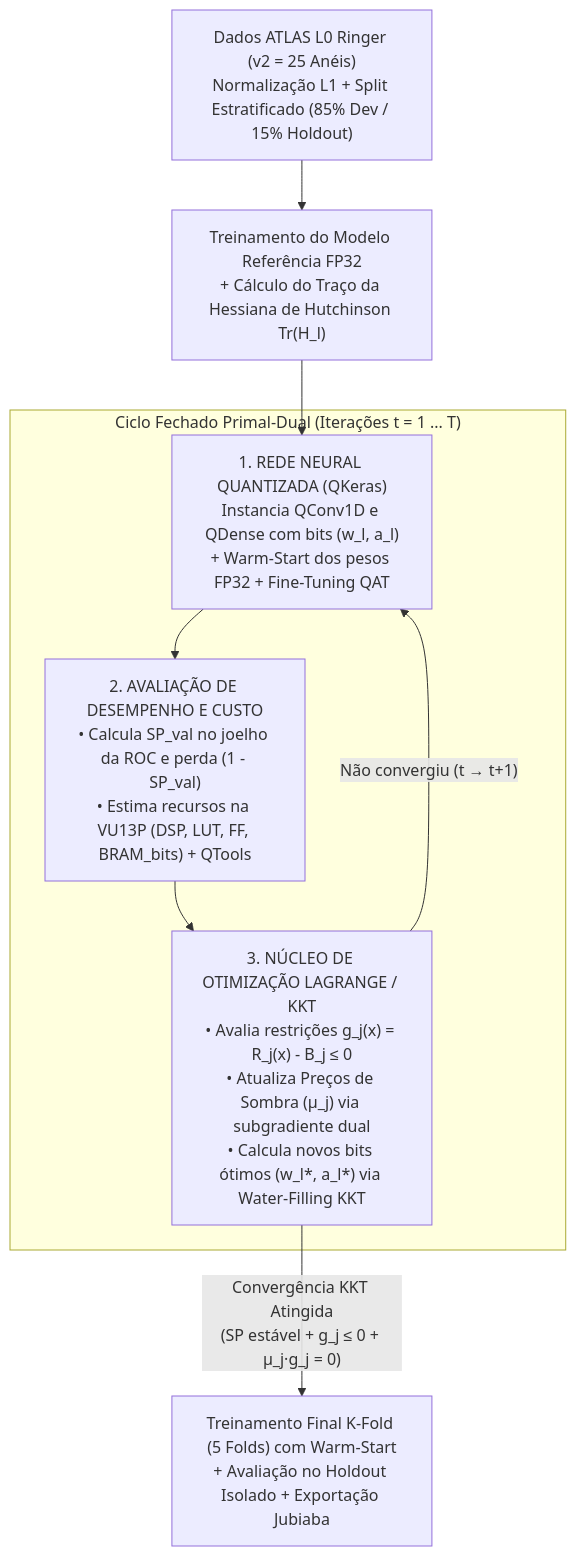
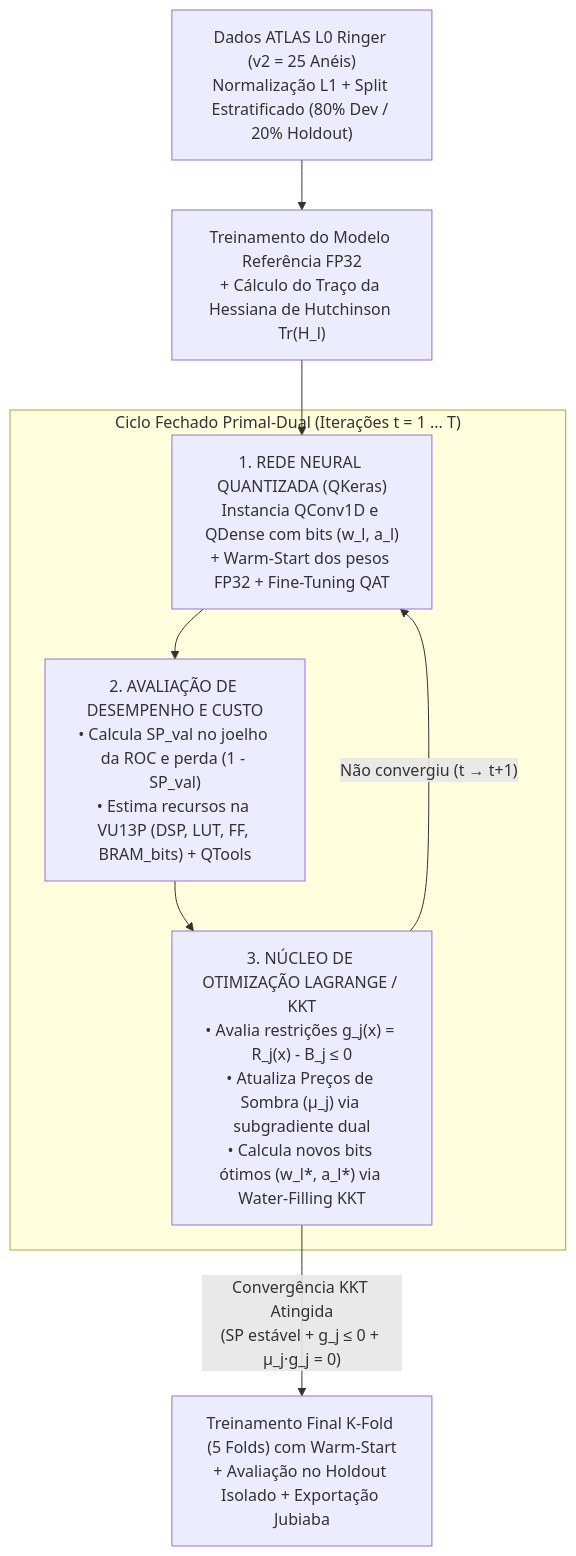
Before and after one commit to Felipe-Freire/cnn-optimization: the diagram in docs/training_kkt_and_hardware_estimation.md, drawn with Mermaid. The commit also changed other lines of this file and 30 other files, not shown here.

````diff
--- a/docs/training_kkt_and_hardware_estimation.md
+++ b/docs/training_kkt_and_hardware_estimation.md
@@ -11,15 +11,15 @@
 ```mermaid
 flowchart TD
-    D["Dados ATLAS L0 Ringer (v2 = 25 Anéis)<br/>Normalização L1 + Split Estratificado (85% Dev / 15% Holdout)"] --> R["Treinamento do Modelo Referência FP32<br/>+ Cálculo do Traço da Hessiana de Hutchinson Tr(H_l)"]
+    D["Dados ATLAS L0 Ringer (v2 = 25 Anéis)<br/>Normalização L1 + Split Estratificado (80% Dev / 20% Holdout)"] --> R["Treinamento do Modelo Referência FP32<br/>+ Cálculo do Traço da Hessiana de Hutchinson Tr(H_l)"]
     R --> S1
 
     subgraph LOOP["Ciclo Fechado Primal-Dual (Iterações t = 1 ... T)"]
         S1["1. REDE NEURAL QUANTIZADA (QKeras)<br/>Instancia QConv1D e QDense com bits (w_l, a_l)<br/>+ Warm-Start dos pesos FP32 + Fine-Tuning QAT"]
         S2["2. AVALIAÇÃO DE DESEMPENHO E CUSTO<br/>• Calcula SP_val no joelho da ROC e perda (1 - SP_val)<br/>• Estima recursos na VU13P (DSP, LUT, FF, BRAM_bits) + QTools"]
         S3["3. NÚCLEO DE OTIMIZAÇÃO LAGRANGE / KKT<br/>• Avalia restrições g_j(x) = R_j(x) - B_j ≤ 0<br/>• Atualiza Preços de Sombra (μ_j) via subgradiente dual<br/>• Calcula novos bits ótimos (w_l*, a_l*) via Water-Filling KKT"]
         S1 --> S2 --> S3
         S3 -- "Não convergiu (t → t+1)" --> S1
     end
 
     S3 -- "Convergência KKT Atingida<br/>(SP estável + g_j ≤ 0 + μ_j·g_j = 0)" --> CV["Treinamento Final K-Fold (5 Folds) com Warm-Start<br/>+ Avaliação no Holdout Isolado + Exportação Jubiaba"]
 ```
````
